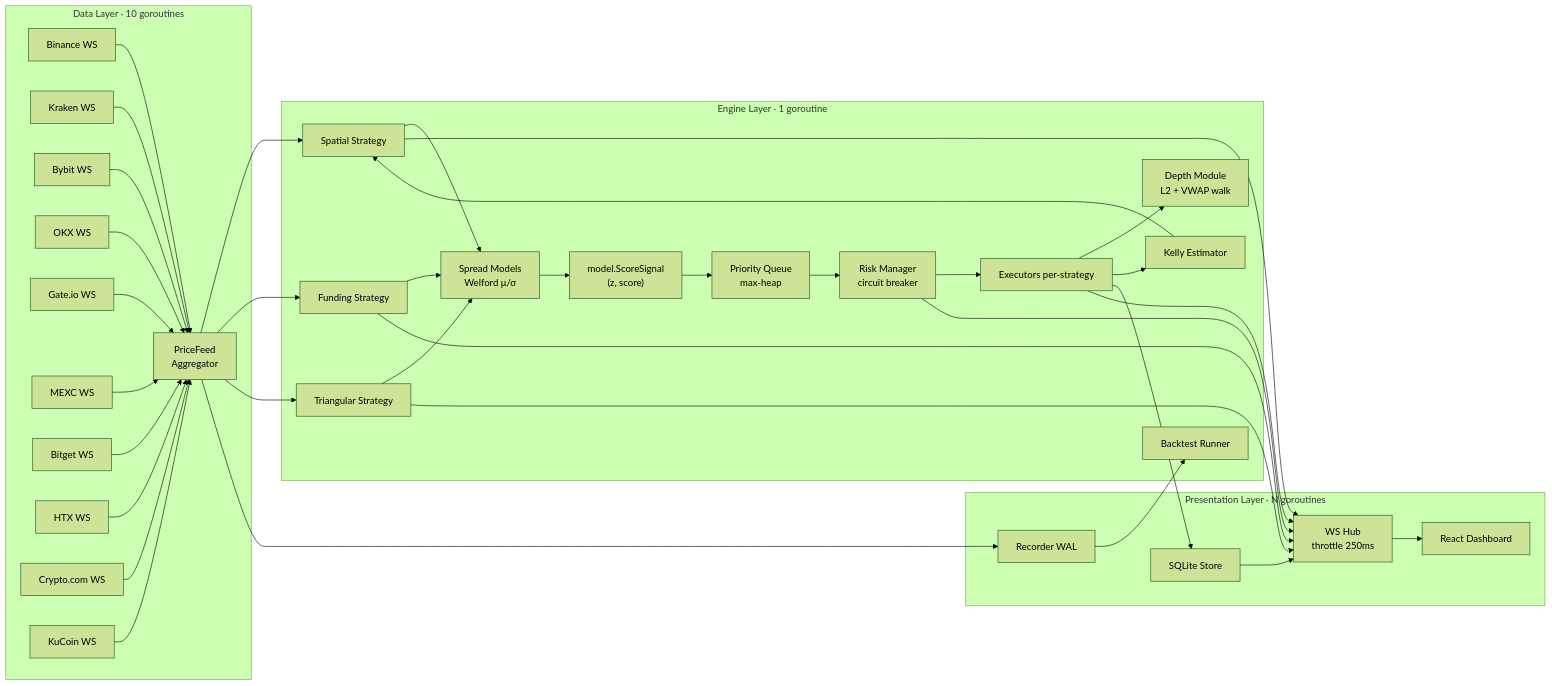
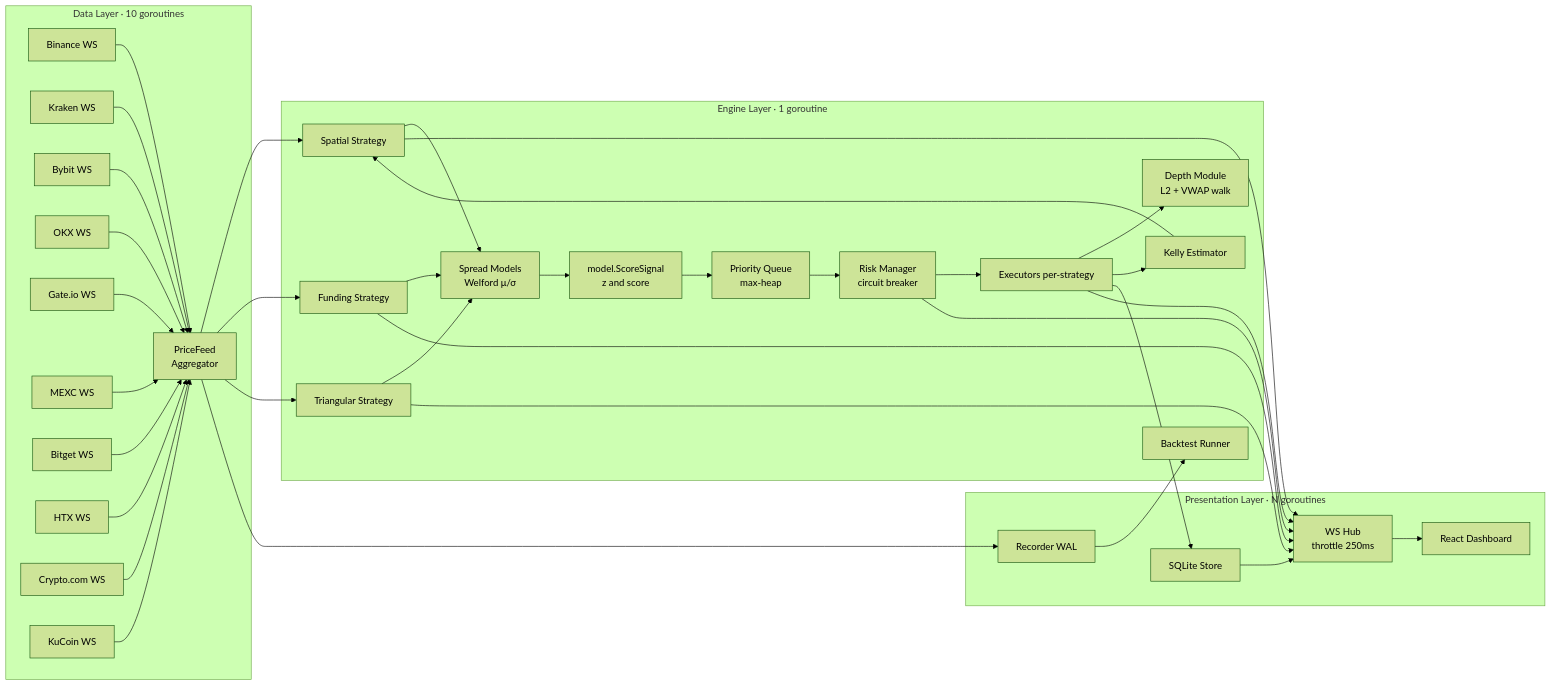
The first of 3 diagrams in docs/arquitectura.md (vmnavarro94/Brecha-CH_MX-2026), drawn with Mermaid (forest theme) before and after one commit. The commit also changed other lines of this file and 6 other files, not shown here.

````diff
--- a/docs/arquitectura.md
+++ b/docs/arquitectura.md
@@ -7,54 +7,54 @@
 ```mermaid
 flowchart LR
     subgraph Data["Data Layer · 10 goroutines"]
         BN["Binance WS"]
         KR["Kraken WS"]
         BY["Bybit WS"]
         OX["OKX WS"]
         GT["Gate.io WS"]
         MX["MEXC WS"]
         BT["Bitget WS"]
         HT["HTX WS"]
         CC["Crypto.com WS"]
         KC["KuCoin WS"]
         AGG["PriceFeed<br/>Aggregator"]
         BN & KR & BY & OX & GT & MX & BT & HT & CC & KC --> AGG
     end
 
     subgraph Engine["Engine Layer · 1 goroutine"]
         SP["Spatial Strategy"]
         FD["Funding Strategy"]
         TR["Triangular Strategy"]
         SM["Spread Models<br/>Welford μ/σ"]
-        SS["model.ScoreSignal<br/>(z, score)"]
+        SS["model.ScoreSignal<br/>z and score"]
         PQ["Priority Queue<br/>max-heap"]
         RM["Risk Manager<br/>circuit breaker"]
         DP["Depth Module<br/>L2 + VWAP walk"]
         KE["Kelly Estimator"]
         EX["Executors per-strategy"]
         BK["Backtest Runner"]
     end
 
     subgraph Presentation["Presentation Layer · N goroutines"]
         STORE["SQLite Store"]
         REC["Recorder WAL"]
         HUB["WS Hub<br/>throttle 250ms"]
         UI["React Dashboard"]
     end
 
     AGG --> SP & FD & TR
     SP & FD & TR --> SM
     SM --> SS
     SS --> PQ
     PQ --> RM
     RM --> EX
     EX --> DP
     EX --> KE
     KE --> SP
     AGG --> REC
     REC --> BK
     EX --> STORE
     EX & RM & SP & FD & TR --> HUB
     STORE --> HUB
     HUB --> UI
 ```
````
